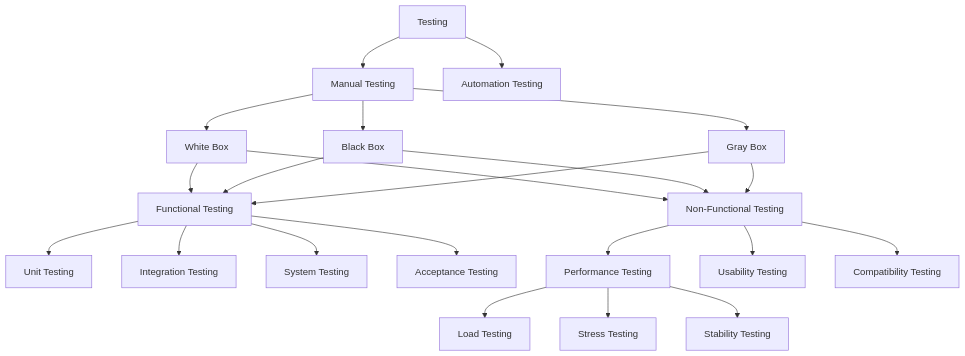
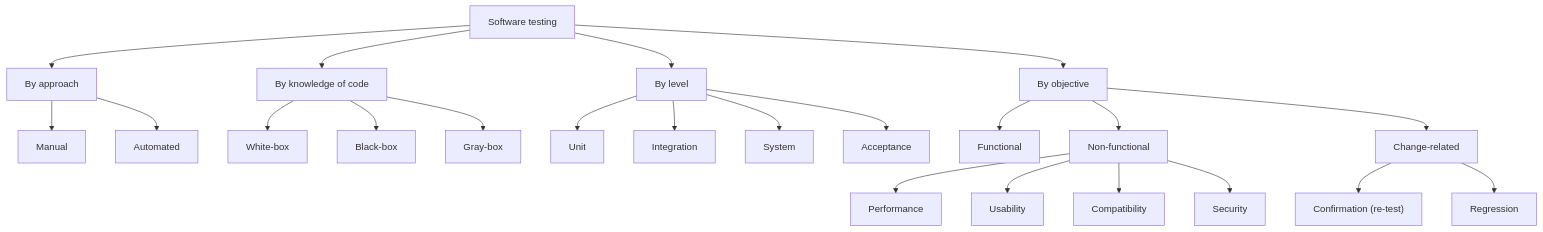
Before and after one commit to Ajay120503/ST_Notes: the seventh of 12 diagrams in README.md, drawn with Mermaid. The commit also changed other lines of this file, not shown here.

````diff
--- a/README.md
+++ b/README.md
@@ -228,24 +320,25 @@
 ```mermaid
 flowchart TD
-    T[Testing] --> M[Manual Testing]
-    T --> A[Automation Testing]
-    M --> WB[White Box]
-    M --> BB[Black Box]
-    M --> GB[Gray Box]
-    WB --> F[Functional Testing]
-    BB --> F
-    GB --> F
-    WB --> NF[Non-Functional Testing]
-    BB --> NF
-    GB --> NF
-    F --> U[Unit Testing]
-    F --> I[Integration Testing]
-    F --> S[System Testing]
-    F --> AC[Acceptance Testing]
-    NF --> P[Performance Testing]
-    NF --> US[Usability Testing]
-    NF --> C[Compatibility Testing]
-    P --> L[Load Testing]
-    P --> ST[Stress Testing]
-    P --> SB[Stability Testing]
+    T["Software testing"] --> AP["By approach"]
+    T --> KN["By knowledge of code"]
+    T --> LV["By level"]
+    T --> OB["By objective"]
+    AP --> M["Manual"]
+    AP --> A["Automated"]
+    KN --> WB["White-box"]
+    KN --> BB["Black-box"]
+    KN --> GB["Gray-box"]
+    LV --> U["Unit"]
+    LV --> I["Integration"]
+    LV --> S["System"]
+    LV --> AC["Acceptance"]
+    OB --> F["Functional"]
+    OB --> NF["Non-functional"]
+    OB --> CH["Change-related"]
+    NF --> P["Performance"]
+    NF --> US["Usability"]
+    NF --> C["Compatibility"]
+    NF --> SEC["Security"]
+    CH --> CT["Confirmation (re-test)"]
+    CH --> R["Regression"]
 ```
````
